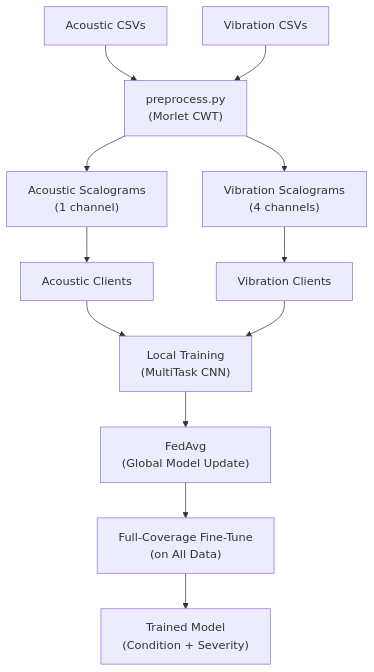
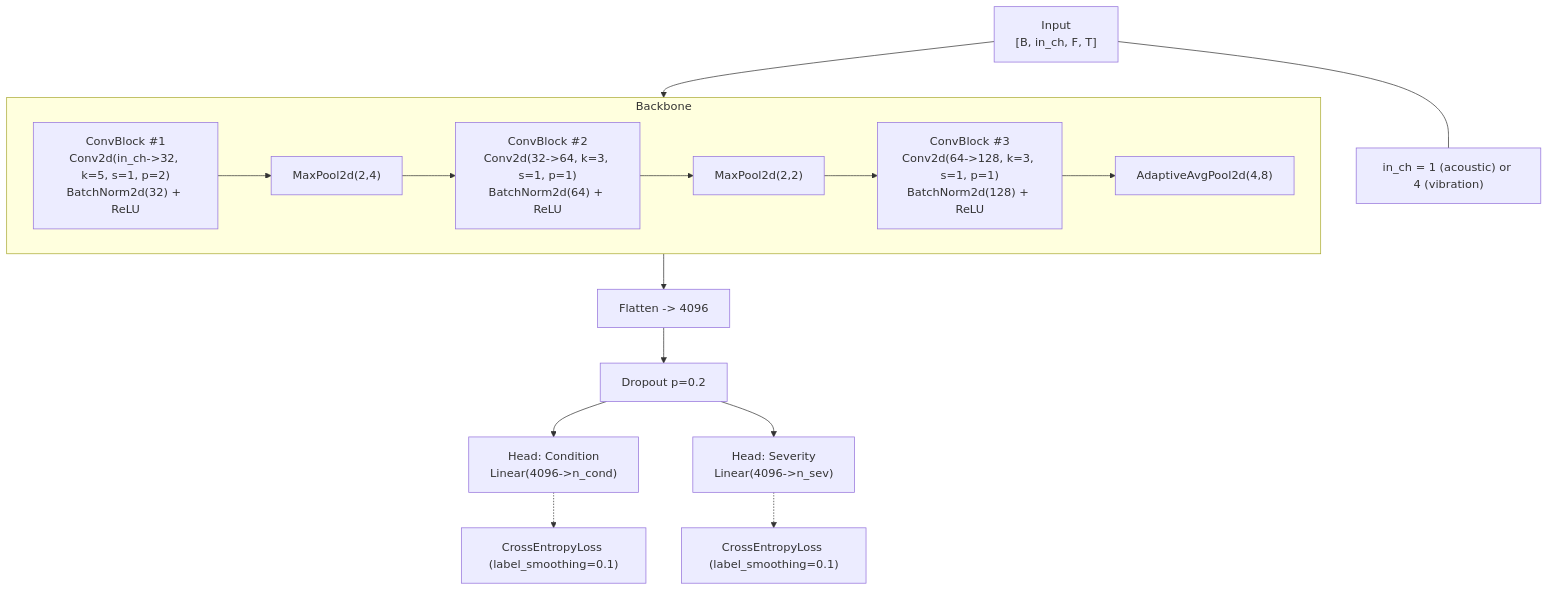
One commit to SahishnuG/rotating-machine-fault-diagnosis changed the diagram in README.md. Above: the diagram before and after it, drawn with Mermaid. The commit also changed other lines of this file, not shown here.

````diff
--- a/README.md
+++ b/README.md
@@ -20,13 +22,24 @@
 ```mermaid
-flowchart TB;
-    A1["Acoustic CSVs"] --> B["preprocess.py <br> (Morlet CWT)"]
-    A2["Vibration CSVs"] --> B
-    B --> C1["Acoustic Scalograms<br>(1 channel)"] & C2["Vibration Scalograms<br>(4 channels)"]
-    C1 --> D1["Acoustic Clients"]
-    C2 --> D2["Vibration Clients"]
-    D1 --> E["Local Training <br> (MultiTask CNN)"]
-    D2 --> E
-    E --> F["FedAvg <br> (Global Model Update)"]
-    F --> G["Full-Coverage Fine-Tune <br> (on All Data)"]
-    G --> H["Trained Model <br> (Condition + Severity)"]
+flowchart TB
+ subgraph Backbone["Backbone"]
+    direction LR
+        CB1["ConvBlock #1<br>Conv2d(in_ch-&gt;32, k=5, s=1, p=2)<br>BatchNorm2d(32) + ReLU"]
+        MP1["MaxPool2d(2,4)"]
+        CB2["ConvBlock #2<br>Conv2d(32-&gt;64, k=3, s=1, p=1)<br>BatchNorm2d(64) + ReLU"]
+        MP2["MaxPool2d(2,2)"]
+        CB3["ConvBlock #3<br>Conv2d(64-&gt;128, k=3, s=1, p=1)<br>BatchNorm2d(128) + ReLU"]
+        GAP["AdaptiveAvgPool2d(4,8)"]
+  end
+    I["Input<br>[B, in_ch, F, T]"] --> CB1
+    CB1 --> MP1
+    MP1 --> CB2
+    CB2 --> MP2
+    MP2 --> CB3
+    CB3 --> GAP
+    GAP --> FLAT["Flatten -> 4096"]
+    FLAT --> DROP["Dropout p=0.2"]
+    DROP --> Hc["Head: Condition<br>Linear(4096-&gt;n_cond)"] & Hs["Head: Severity<br>Linear(4096-&gt;n_sev)"]
+    Hc -.-> Lc["CrossEntropyLoss (label_smoothing=0.1)"]
+    Hs -.-> Ls["CrossEntropyLoss (label_smoothing=0.1)"]
+    I --- Note1["in_ch = 1 (acoustic) or 4 (vibration)"]
 ```
````
